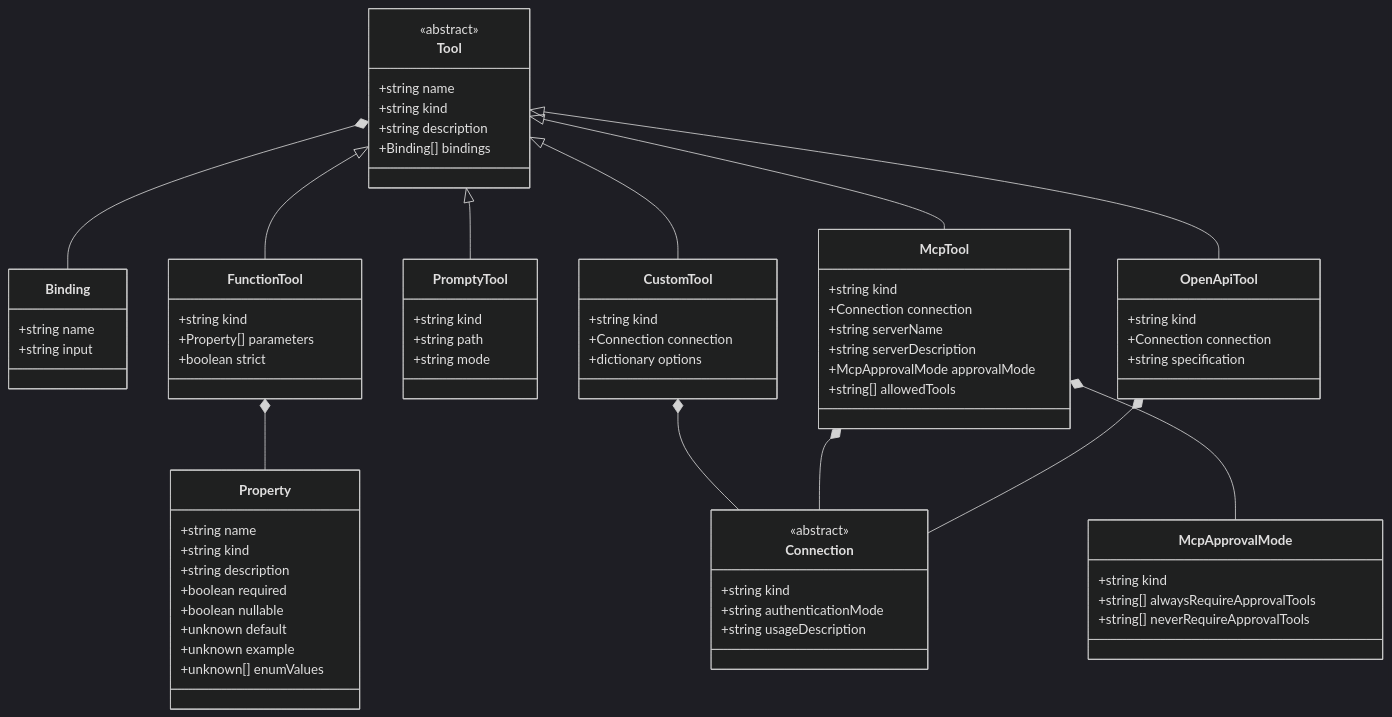
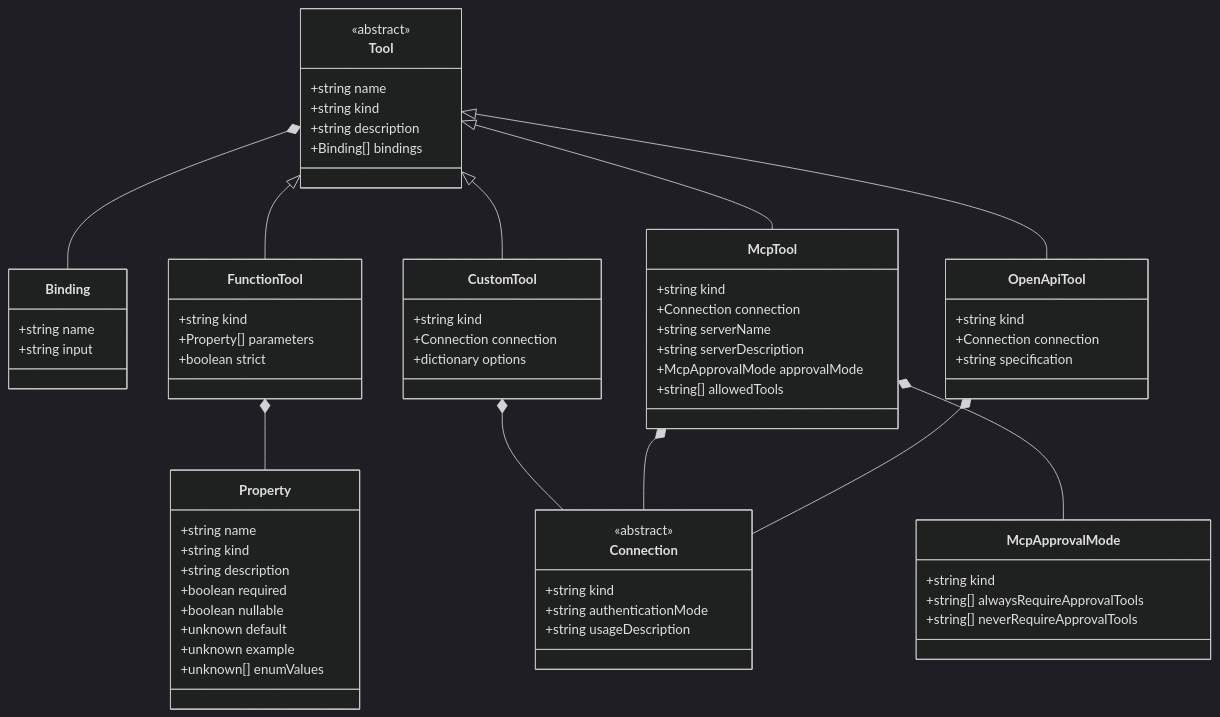
One commit to microsoft/prompty changed the fourth of 9 diagrams in web/src/content/docs/reference/index.md. Above: the diagram before and after it, drawn with Mermaid (dark theme). The commit also changed 75 other files, not shown here.

First line of the commit message:
Remove PromptyTool and restore cross-runtime parity (#483)

````diff
--- a/web/src/content/docs/reference/index.md
+++ b/web/src/content/docs/reference/index.md
@@ -178,74 +178,68 @@
 ```mermaid
 classDiagram
     class Tool {
       <<abstract>>
         +string name
         +string kind
         +string description
         +Binding[] bindings
     }
     class Binding {
         +string name
         +string input
     }
     class FunctionTool {
         +string kind
         +Property[] parameters
         +boolean strict
-    }
-    class PromptyTool {
-        +string kind
-        +string path
-        +string mode
     }
     class McpTool {
         +string kind
         +Connection connection
         +string serverName
         +string serverDescription
         +McpApprovalMode approvalMode
         +string[] allowedTools
     }
     class McpApprovalMode {
         +string kind
         +string[] alwaysRequireApprovalTools
         +string[] neverRequireApprovalTools
     }
     class OpenApiTool {
         +string kind
         +Connection connection
         +string specification
     }
     class CustomTool {
         +string kind
         +Connection connection
         +dictionary options
     }
     class Connection {
       <<abstract>>
         +string kind
         +string authenticationMode
         +string usageDescription
     }
     class Property {
         +string name
         +string kind
         +string description
         +boolean required
         +boolean nullable
         +unknown default
         +unknown example
         +unknown[] enumValues
     }
     Tool <|-- FunctionTool
     Tool <|-- CustomTool
     Tool <|-- McpTool
     Tool <|-- OpenApiTool
-    Tool <|-- PromptyTool
     Tool *-- Binding
     FunctionTool *-- Property
     CustomTool *-- Connection
     McpTool *-- Connection
     McpTool *-- McpApprovalMode
     OpenApiTool *-- Connection
 ```
````
